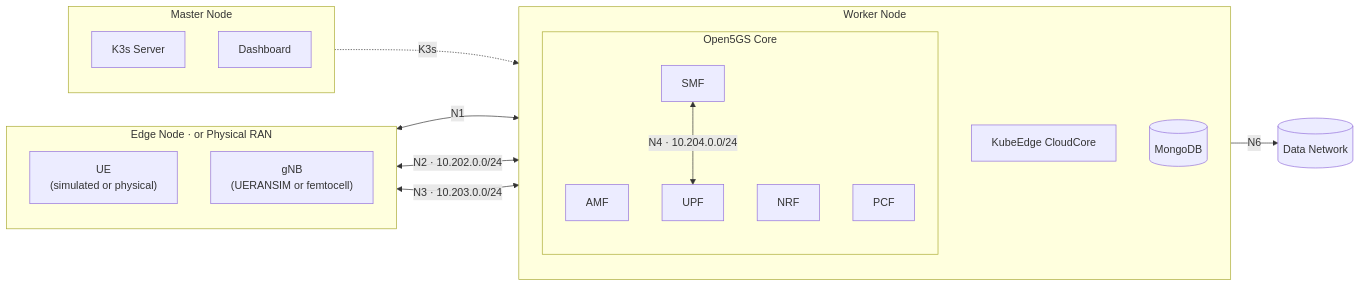
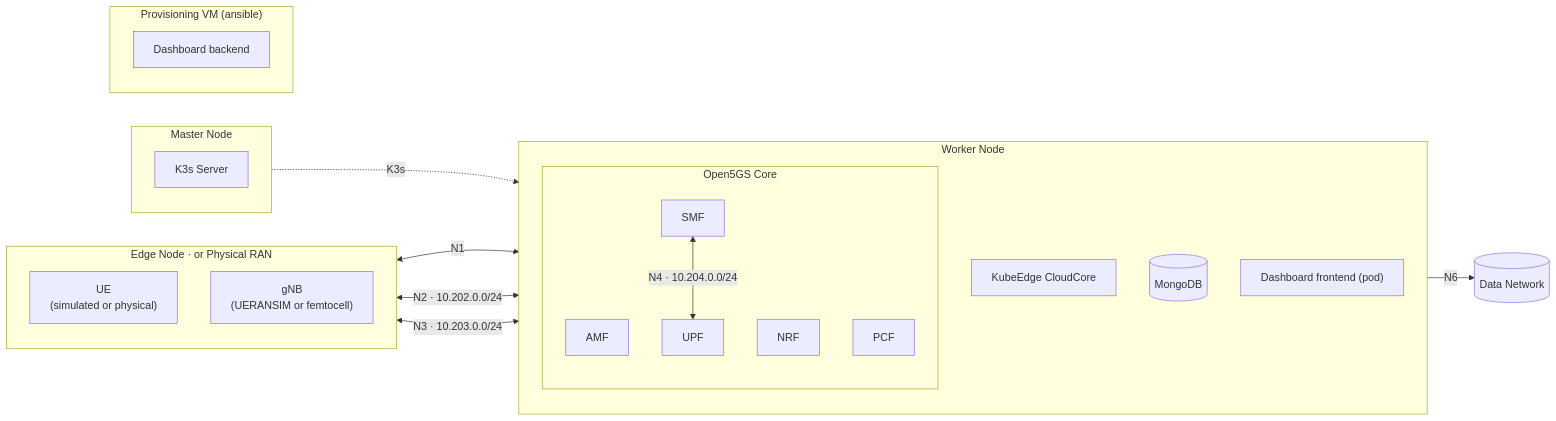
One commit to Jacobbista/5g-k3s-kubedge-testbed changed the diagram in README.md. Above: the diagram before and after it, drawn with Mermaid. The commit also changed 1 other file, not shown here.

Commit message:
docs: correct dashboard placement (frontend=worker pod, backend=ansible VM), not master

````diff
--- a/README.md
+++ b/README.md
@@ -45,37 +45,42 @@
 ```mermaid
 graph LR
     subgraph ran["Edge Node  ·  or Physical RAN"]
         direction TB
         UE["UE
         (simulated or physical)"]
         gNB["gNB
         (UERANSIM or femtocell)"]
     end
 
     subgraph worker["Worker Node"]
         direction TB
         subgraph core["Open5GS Core"]
             direction TB
             AMF
             SMF
             UPF
             NRF
             PCF
         end
         CC["KubeEdge CloudCore"]
         DB[("MongoDB")]
+        DashFE["Dashboard frontend (pod)"]
     end
 
     subgraph master["Master Node"]
         direction TB
         K3s["K3s Server"]
-        Dash["Dashboard"]
+    end
+
+    subgraph prov["Provisioning VM (ansible)"]
+        direction TB
+        Dash["Dashboard backend"]
     end
 
     UE <-->|N1| AMF
     gNB <-->|"N2 · 10.202.0.0/24"| AMF
     gNB <-->|"N3 · 10.203.0.0/24"| UPF
     SMF <-->|"N4 · 10.204.0.0/24"| UPF
     UPF -->|N6| DN[("Data Network")]
     master -.->|K3s| worker
 ```
````
